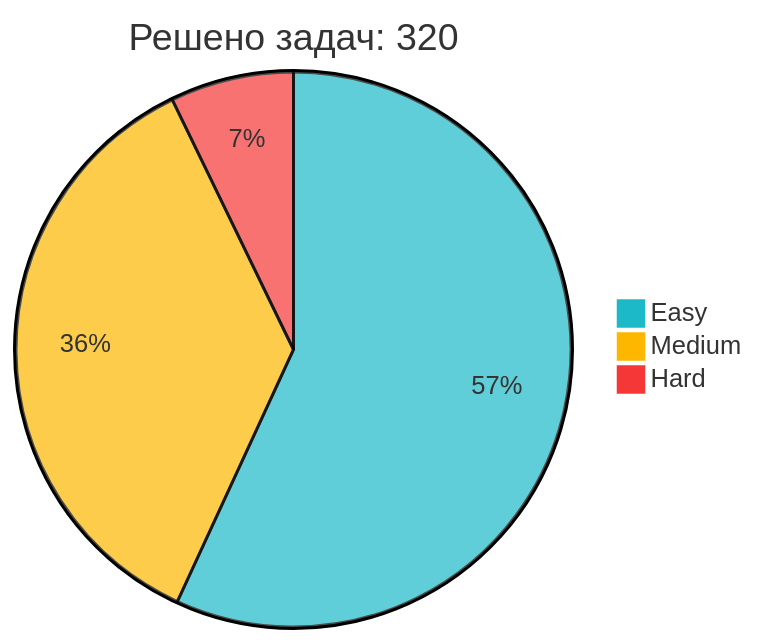
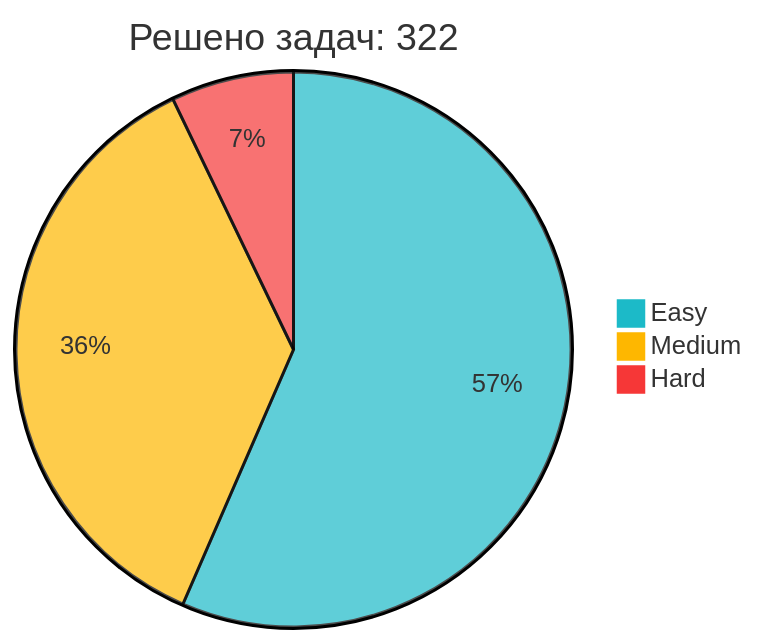
One commit to IliaKurdukov/IliaKurdukov changed the diagram in README.md. Above: the diagram before and after it, drawn with Mermaid. The commit also changed other lines of this file, not shown here.

Commit message:
📈 Обновление статистики LeetCode

````diff
--- a/README.md
+++ b/README.md
@@ -51,7 +51,7 @@
 ```mermaid
 %%{init: {'theme': 'base', 'themeVariables': { 'pie1': '#1CBAC8', 'pie2': '#FEB700', 'pie3': '#F63737' }, 'config': {'width': 300, 'height': 200}}}%%
-pie title Решено задач: 320
+pie title Решено задач: 322
    "Easy" : 182
-   "Medium" : 115
+   "Medium" : 117
    "Hard" : 23
 ```
````
